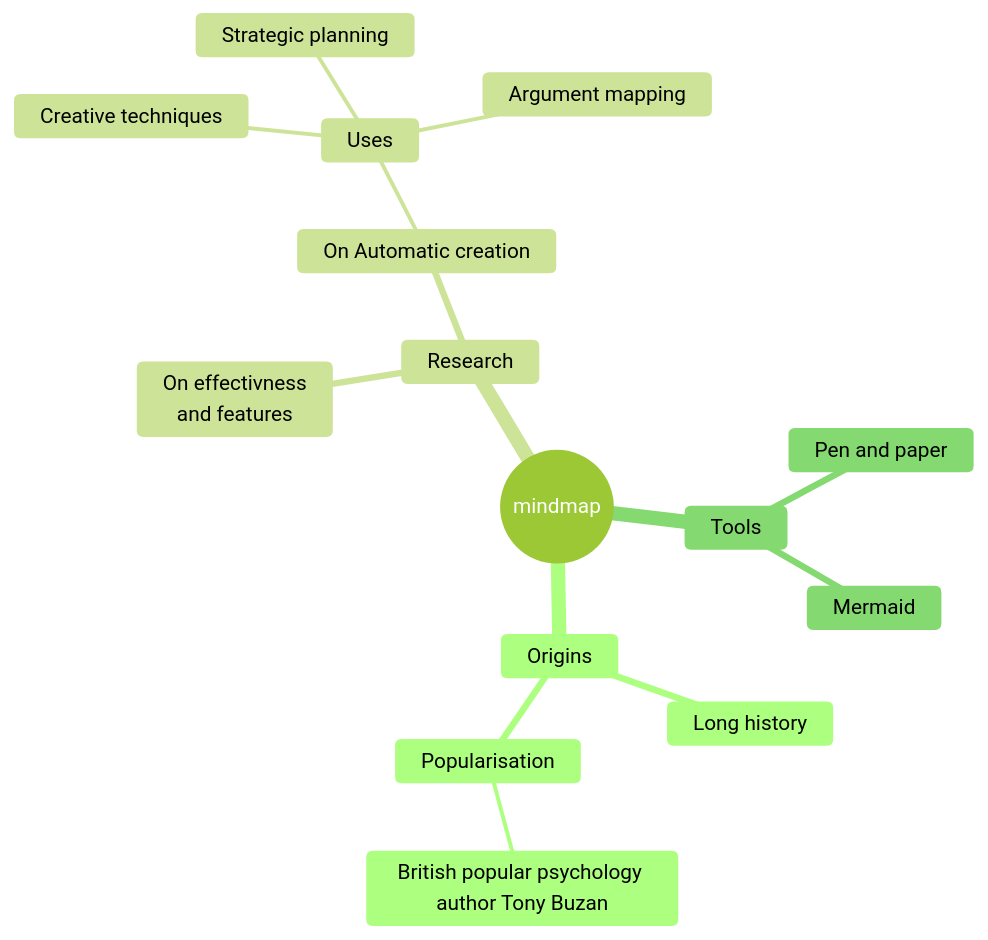
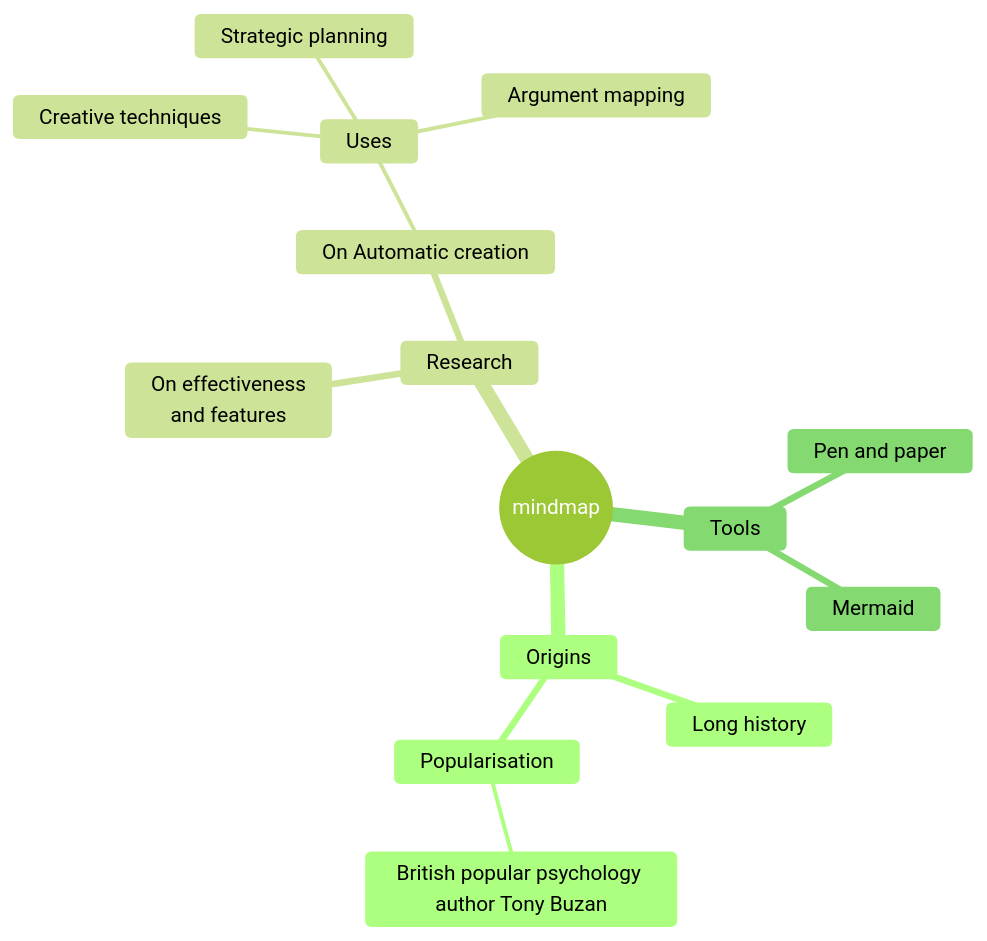
Before and after one commit to mudssky/my-slidevs: the third of 4 diagrams in projects/slidevs/slidev-templates/slides.md, drawn with Mermaid (forest theme). The commit also changed other lines of this file and 7 other files, not shown here.

````diff
--- a/projects/slidevs/slidev-templates/slides.md
+++ b/projects/slidevs/slidev-templates/slides.md
@@ -377,19 +498,19 @@
 ```mermaid
 mindmap
   root((mindmap))
     Origins
       Long history
       ::icon(fa fa-book)
       Popularisation
         British popular psychology author Tony Buzan
     Research
-      On effectivness<br/>and features
+      On effectiveness<br/>and features
       On Automatic creation
         Uses
             Creative techniques
             Strategic planning
             Argument mapping
     Tools
       Pen and paper
       Mermaid
 ```
````
